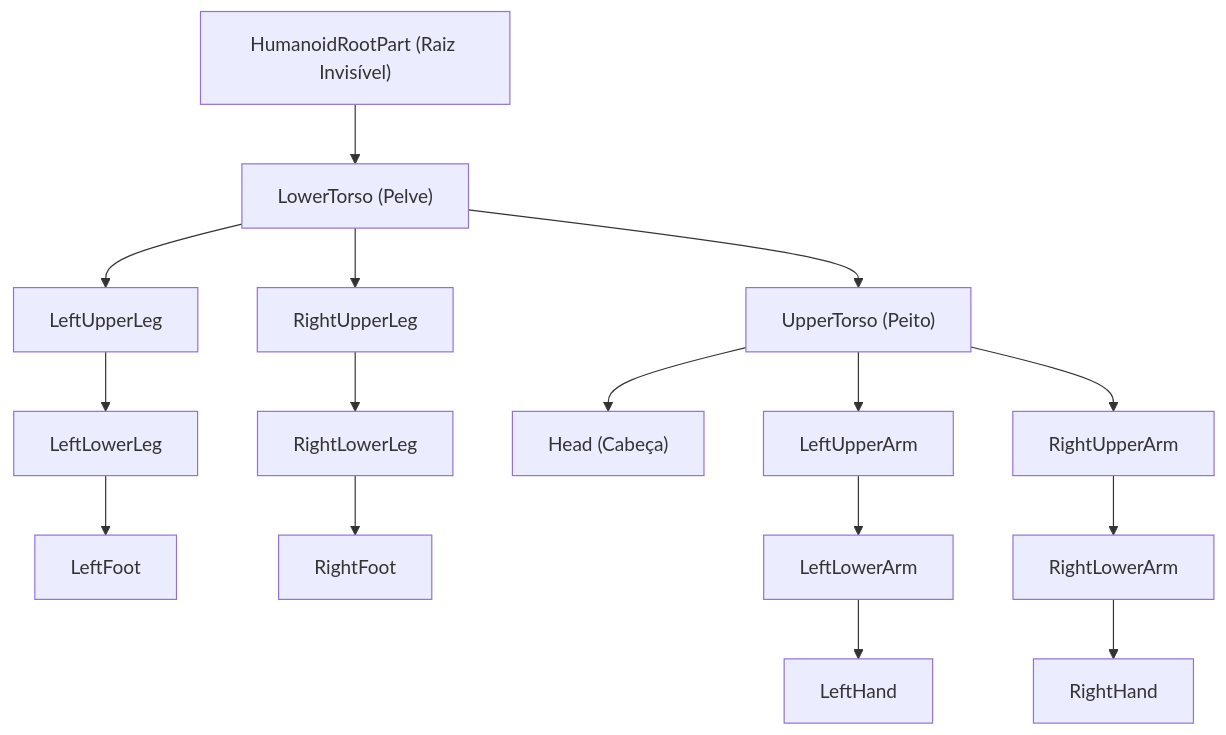
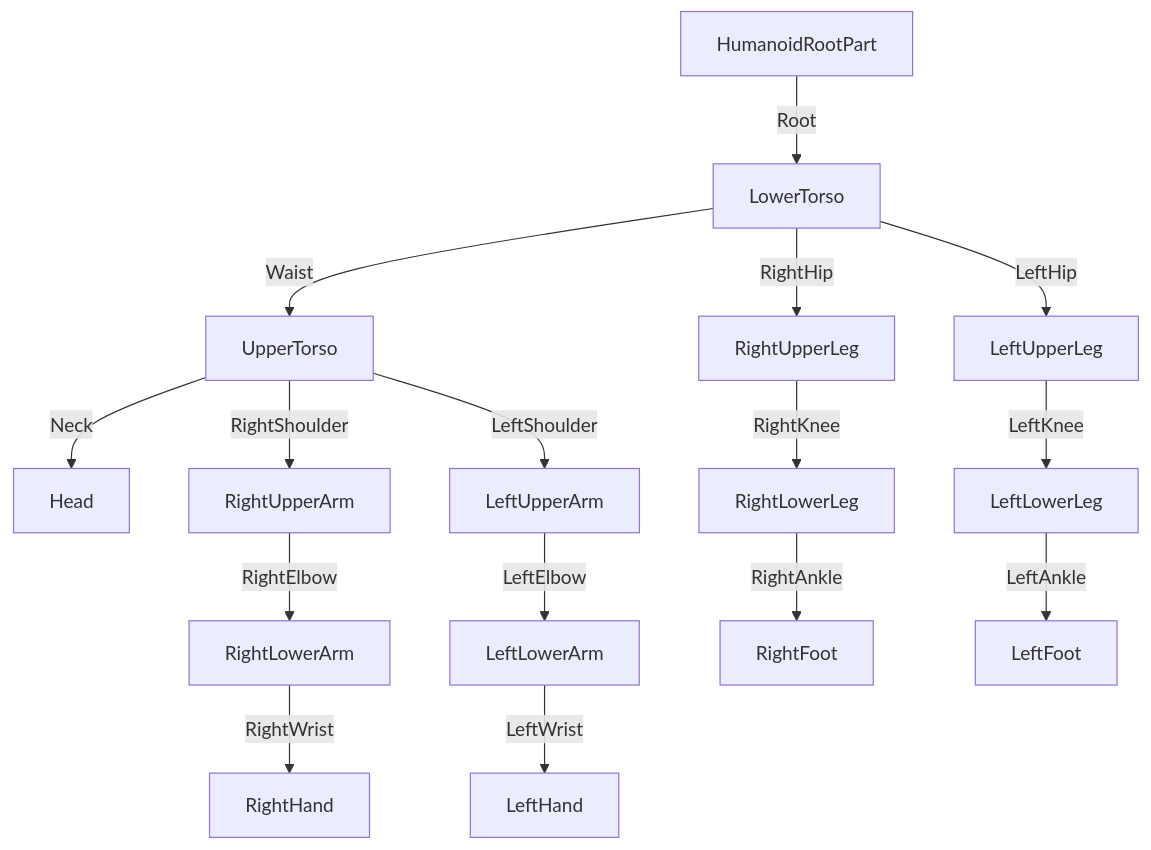
The diagram in ANIMATION_GUIDE.md (while-kaique/roblox-game), drawn with Mermaid before and after one commit. The commit also changed other lines of this file and 22 other files, not shown here.

````diff
--- a/ANIMATION_GUIDE.md
+++ b/ANIMATION_GUIDE.md
@@ -24,10 +75,10 @@
 ```mermaid
 graph TD
-    Root["HumanoidRootPart (Raiz Invisível)"] --> LT["LowerTorso (Pelve)"]
-    LT --> UT["UpperTorso (Peito)"]
-    LT --> LUL["LeftUpperLeg"] --> LLL["LeftLowerLeg"] --> LF["LeftFoot"]
-    LT --> RUL["RightUpperLeg"] --> RLL["RightLowerLeg"] --> RF["RightFoot"]
-    UT --> HD["Head (Cabeça)"]
-    UT --> LUA["LeftUpperArm"] --> LLA["LeftLowerArm"] --> LH["LeftHand"]
-    UT --> RUA["RightUpperArm"] --> RLA["RightLowerArm"] --> RH["RightHand"]
+    HRP["HumanoidRootPart"] -->|Root| LT["LowerTorso"]
+    LT -->|Waist| UT["UpperTorso"]
+    UT -->|Neck| HD["Head"]
+    UT -->|RightShoulder| RUA["RightUpperArm"] -->|RightElbow| RLA["RightLowerArm"] -->|RightWrist| RH["RightHand"]
+    UT -->|LeftShoulder| LUA["LeftUpperArm"] -->|LeftElbow| LLA["LeftLowerArm"] -->|LeftWrist| LH["LeftHand"]
+    LT -->|RightHip| RUL["RightUpperLeg"] -->|RightKnee| RLL["RightLowerLeg"] -->|RightAnkle| RF["RightFoot"]
+    LT -->|LeftHip| LUL["LeftUpperLeg"] -->|LeftKnee| LLL["LeftLowerLeg"] -->|LeftAnkle| LF["LeftFoot"]
 ```
````
